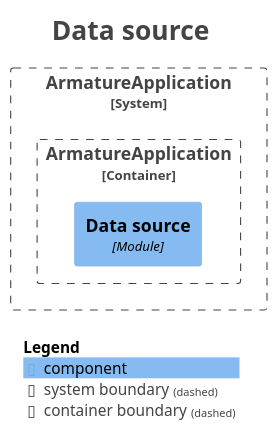
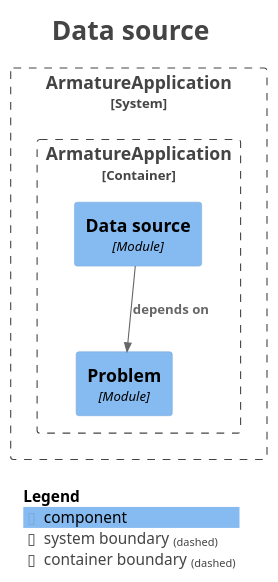
One commit to jayhamilton/armature changed the diagram in docs/architecture/modules/module-datasource.puml. Above: the diagram before and after it, drawn with PlantUML. The commit also changed 41 other files, not shown here.

Commit message:
Document INC-01a: conformance, patterns, diagrams, skills, report

```diff
--- a/docs/architecture/modules/module-datasource.puml
+++ b/docs/architecture/modules/module-datasource.puml
@@ -1,27 +1,30 @@
 @startuml
 title <size:24>Data source</size>
 
 set separator none
 top to bottom direction
 
 <style>
   root {
     BackgroundColor: #ffffff
     FontColor: #444444
   }
 </style>
 
 !include <C4/C4>
 !include <C4/C4_Context>
 !include <C4/C4_Component>
 
 System_Boundary("ArmatureApplication_boundary", "ArmatureApplication", $tags="") {
   Container_Boundary("ArmatureApplication.ArmatureApplication_boundary", "ArmatureApplication", $tags="") {
+    Component(ArmatureApplication.ArmatureApplication.Problem, "Problem", $techn="Module", $descr="", $tags="", $link="")
     Component(ArmatureApplication.ArmatureApplication.Datasource, "Data source", $techn="Module", $descr="", $tags="", $link="")
   }
 
 }
 
+Rel(ArmatureApplication.ArmatureApplication.Datasource, ArmatureApplication.ArmatureApplication.Problem, "depends on", $techn="", $tags="", $link="")
+
 SHOW_LEGEND(true)
 hide stereotypes
 @enduml
```
